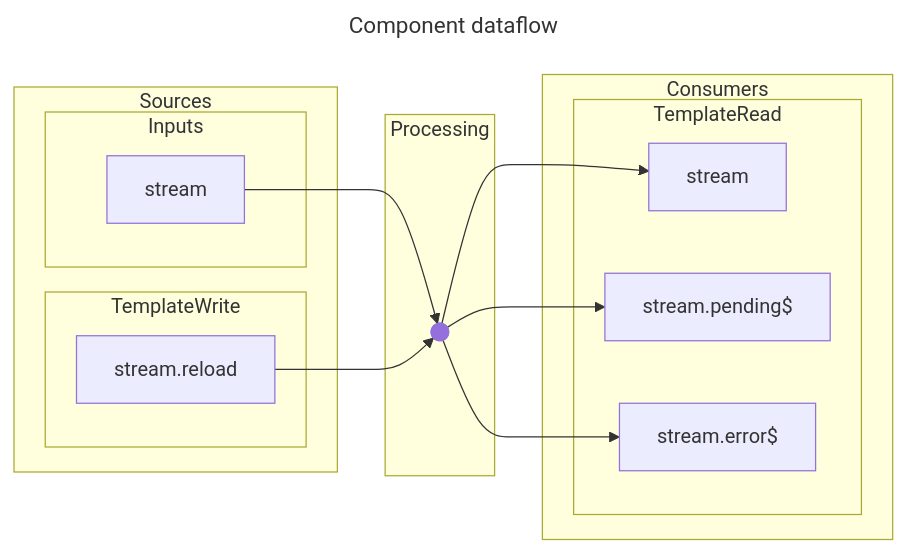
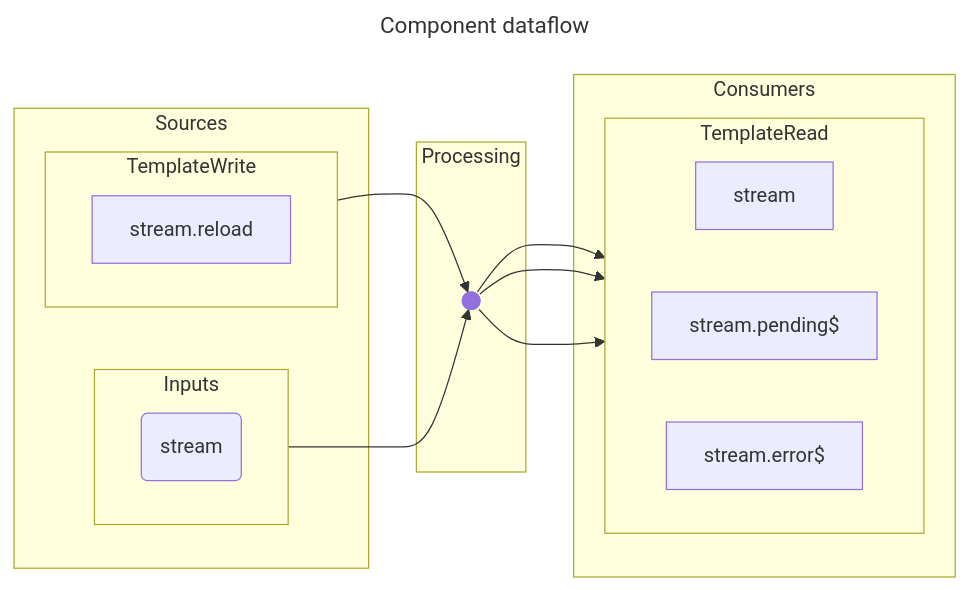
Before and after one commit to earthdmitriy/rx-evo: the first of 2 diagrams in src/app/components/content/stateful-block/stateful-block.component.dataflow.md, drawn with Mermaid. The commit also changed other lines of this file and 39 other files, not shown here.

Commit message:
updated dataflow diagrams

````diff
--- a/src/app/components/content/stateful-block/stateful-block.component.dataflow.md
+++ b/src/app/components/content/stateful-block/stateful-block.component.dataflow.md
@@ -3,42 +3,45 @@
 ```mermaid
 ---
 title: Component dataflow
 ---
 graph LR
     subgraph Sources
         subgraph Inputs
-            Source_stream["
+            direction LR
+            Source_stream("
                 stream
-            "]
+            ")
         end
         subgraph TemplateWrite
+            direction LR
             Source_stream.reload["
                 stream.reload
             "]
         end
     end
     subgraph Processing
         Processing_stream@{ shape: f-circ, label: "Junction" }
     end
     subgraph Consumers
         subgraph TemplateRead
+            direction LR
             Consumer_stream["
                 stream
             "]
             Consumer_stream.pending$["
                 stream.pending$
             "]
             Consumer_stream.error$["
                 stream.error$
             "]
         end
     end
     Sources ~~~ Processing
     Processing ~~~ Consumers
     Source_stream --> Processing_stream
     Source_stream.reload --> Processing_stream
     Processing_stream --> Consumer_stream
     Processing_stream --> Consumer_stream.pending$
     Processing_stream --> Consumer_stream.error$
 
 ```
````
